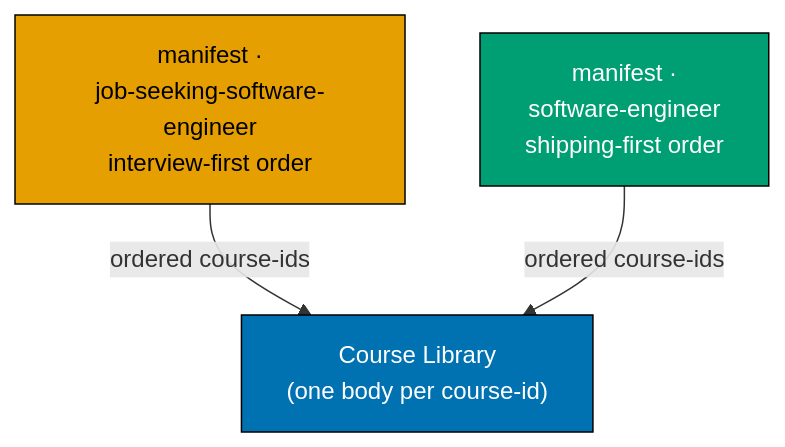
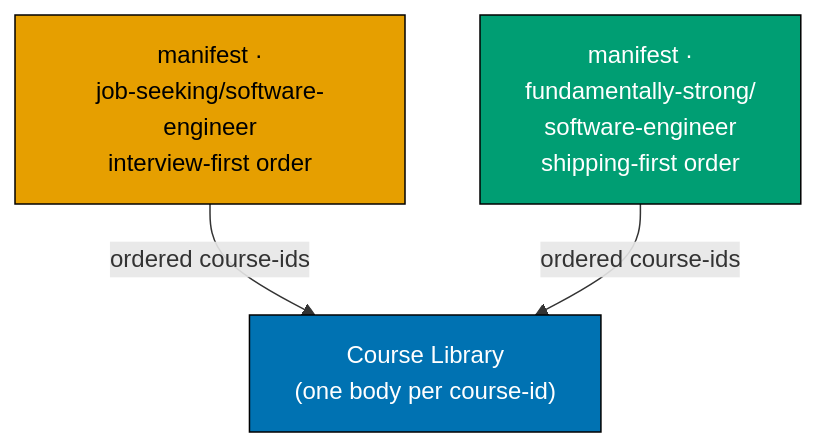
One commit to wahidyankf/baseerah changed the diagram in plans/backlog/2026-07-18__fundamentally-strong-shared-course-tracks/syllabus/overview.md. Above: the diagram before and after it, drawn with Mermaid. The commit also changed other lines of this file and 122 other files, not shown here.

````diff
--- a/plans/backlog/2026-07-18__fundamentally-strong-shared-course-tracks/syllabus/overview.md
+++ b/plans/backlog/2026-07-18__fundamentally-strong-shared-course-tracks/syllabus/overview.md
@@ -32,12 +32,12 @@
 ```mermaid
 flowchart TD
     LIB["Course Library<br/>(one body per course-id)"]:::lib
-    JS["manifest ·<br/>job-seeking-software-engineer<br/>interview-first order"]:::js
-    SE["manifest ·<br/>software-engineer<br/>shipping-first order"]:::se
+    JS["manifest ·<br/>job-seeking/software-engineer<br/>interview-first order"]:::js
+    SE["manifest ·<br/>fundamentally-strong/<br/>software-engineer<br/>shipping-first order"]:::se
     JS -->|ordered course-ids| LIB
     SE -->|ordered course-ids| LIB
 
     classDef lib fill:#0072B2,stroke:#000,color:#fff
     classDef js fill:#E69F00,stroke:#000,color:#000
     classDef se fill:#009E73,stroke:#000,color:#fff
 ```
````
